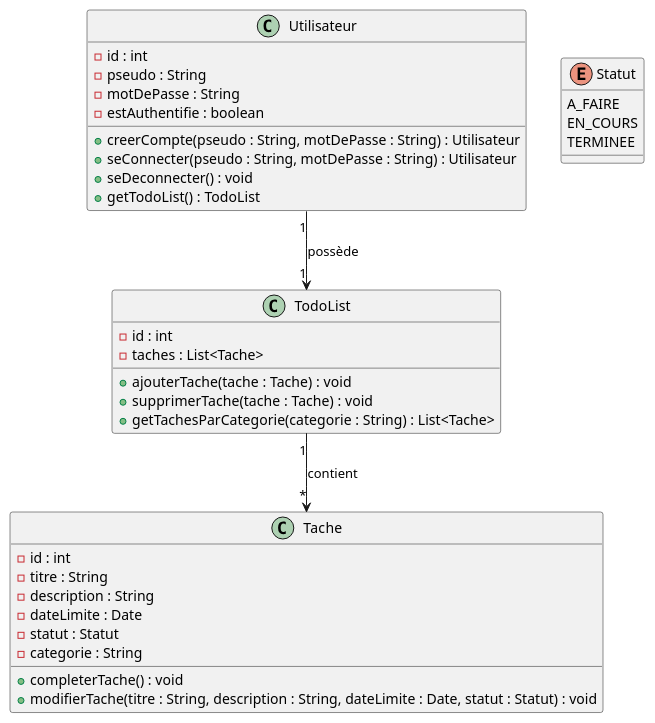
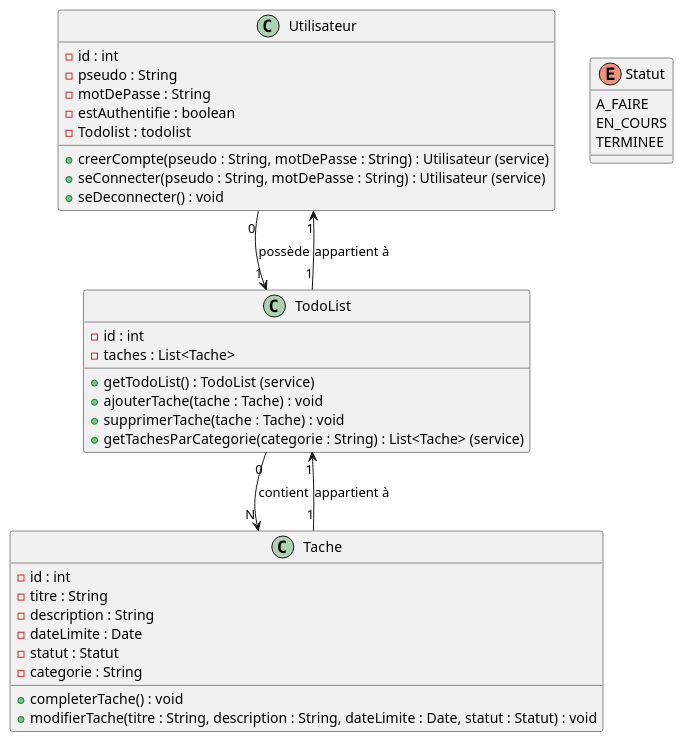
One commit to HoudAlami/TodoApp changed the diagram in src/main/resources/conception/diagramClass/diagramClass.puml. Above: the diagram before and after it, drawn with PlantUML.

Commit message:
Finalisation Modélisation UML avec cardinalité

```diff
--- a/src/main/resources/conception/diagramClass/diagramClass.puml
+++ b/src/main/resources/conception/diagramClass/diagramClass.puml
@@ -1,40 +1,45 @@
 @startuml
 class Utilisateur {
     - id : int
     - pseudo : String
     - motDePasse : String
     - estAuthentifie : boolean
-    + creerCompte(pseudo : String, motDePasse : String) : Utilisateur
-    + seConnecter(pseudo : String, motDePasse : String) : Utilisateur
+    - Todolist : todolist
+    + creerCompte(pseudo : String, motDePasse : String) : Utilisateur (service)
+    + seConnecter(pseudo : String, motDePasse : String) : Utilisateur (service)
     + seDeconnecter() : void
-    + getTodoList() : TodoList
+
 }
 
 class TodoList {
     - id : int
     - taches : List<Tache>
+    + getTodoList() : TodoList (service)
     + ajouterTache(tache : Tache) : void
     + supprimerTache(tache : Tache) : void
-    + getTachesParCategorie(categorie : String) : List<Tache>
+    + getTachesParCategorie(categorie : String) : List<Tache> (service)
 }
 
 class Tache {
     - id : int
     - titre : String
     - description : String
     - dateLimite : Date
     - statut : Statut
     - categorie : String
     + completerTache() : void
     + modifierTache(titre : String, description : String, dateLimite : Date, statut : Statut) : void
 }
 
 enum Statut {
     A_FAIRE
     EN_COURS
     TERMINEE
 }
 
-Utilisateur "1" --> "1" TodoList : possède
-TodoList "1" --> "*" Tache : contient
+Utilisateur "0" --> "1" TodoList : possède
+TodoList "1" --> "1" Utilisateur : appartient à
+TodoList "0" --> "N" Tache : contient
+Tache "1" --> "1" TodoList : appartient à
+
 @enduml
```
